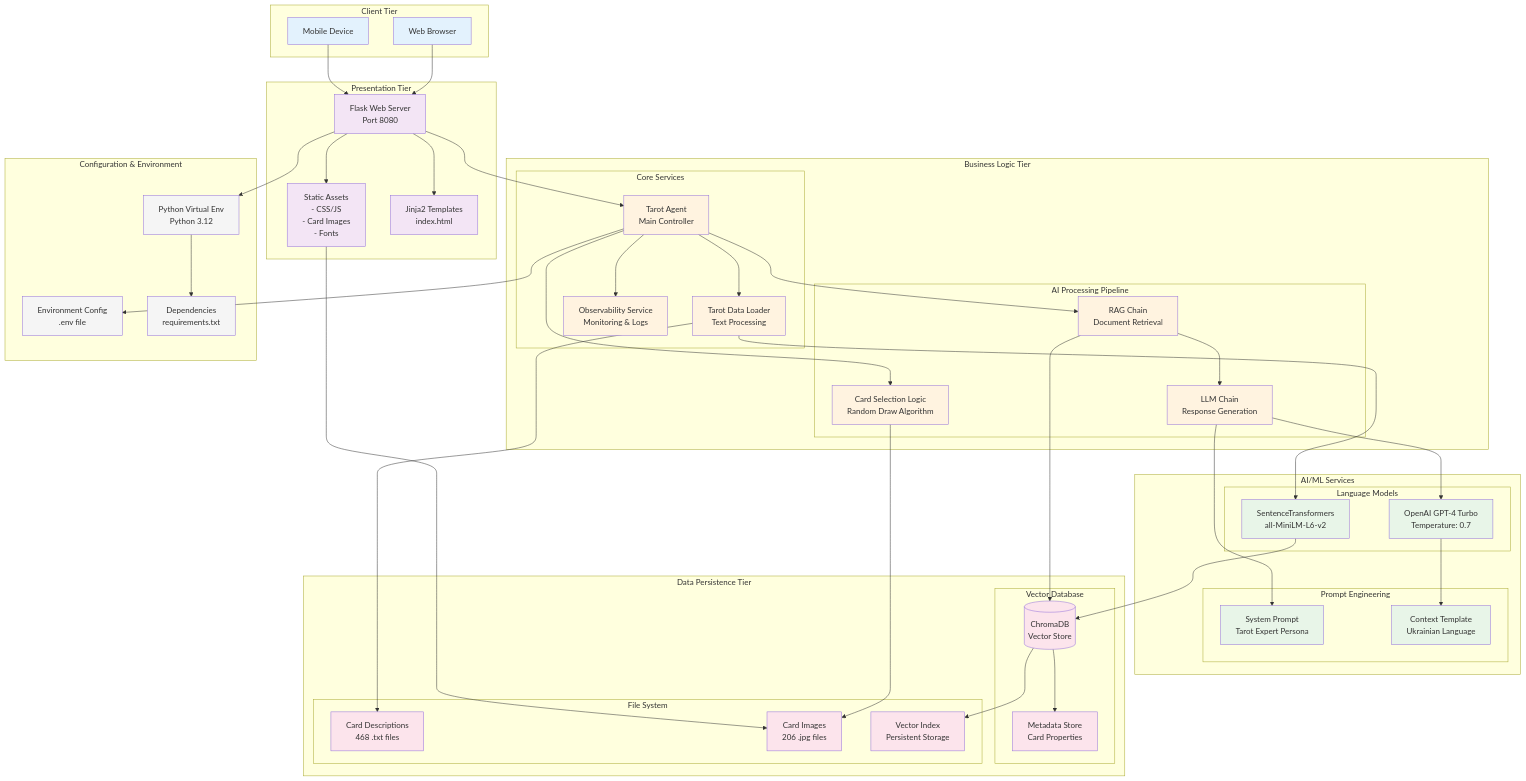
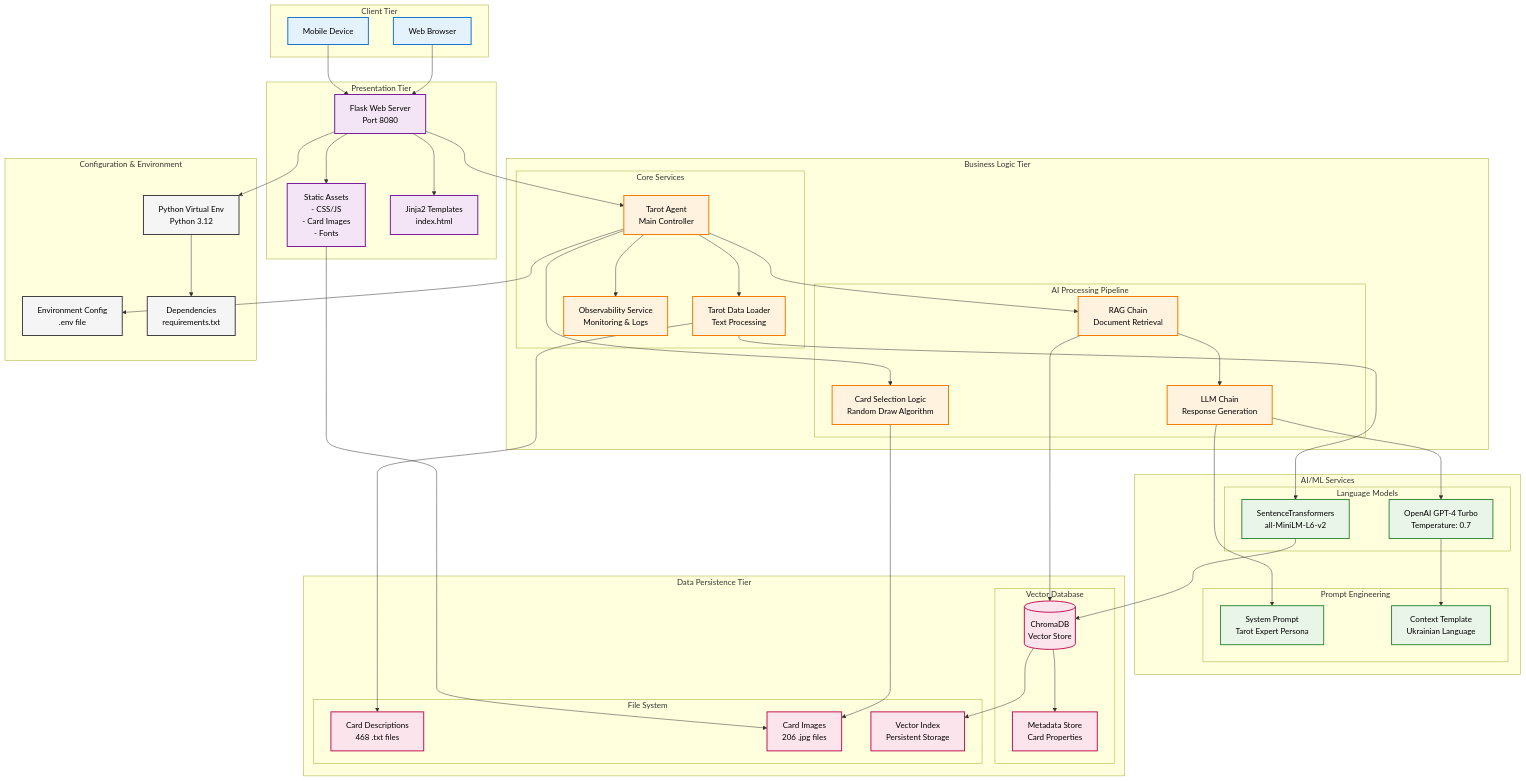
The fifth of 7 diagrams in README.md (igorgorovoy/fwdays-hackaton-ai-agent-risk-assessment-system), drawn with Mermaid before and after one commit. The commit also changed other lines of this file, not shown here.

Commit message:
add arch , hld. make more readable diagrams

```diff
--- a/README.md
+++ b/README.md
@@ -293,13 +331,13 @@
     WebServer --> VenvPython
     VenvPython --> Requirements
     
-    %% Styling
-    classDef client fill:#e3f2fd
-    classDef presentation fill:#f3e5f5
-    classDef business fill:#fff3e0
-    classDef ai fill:#e8f5e8
-    classDef data fill:#fce4ec
-    classDef config fill:#f5f5f5
+    %% Стилі для кращої читабельності на GitHub
+    classDef client fill:#e3f2fd,stroke:#1976d2,stroke-width:2px,color:#000
+    classDef presentation fill:#f3e5f5,stroke:#7b1fa2,stroke-width:2px,color:#000
+    classDef business fill:#fff3e0,stroke:#f57c00,stroke-width:2px,color:#000
+    classDef ai fill:#e8f5e8,stroke:#388e3c,stroke-width:2px,color:#000
+    classDef data fill:#fce4ec,stroke:#c2185b,stroke-width:2px,color:#000
+    classDef config fill:#f5f5f5,stroke:#424242,stroke-width:2px,color:#000
 
     class Browser,Mobile client
     class WebServer,StaticAssets,Templates presentation
```
